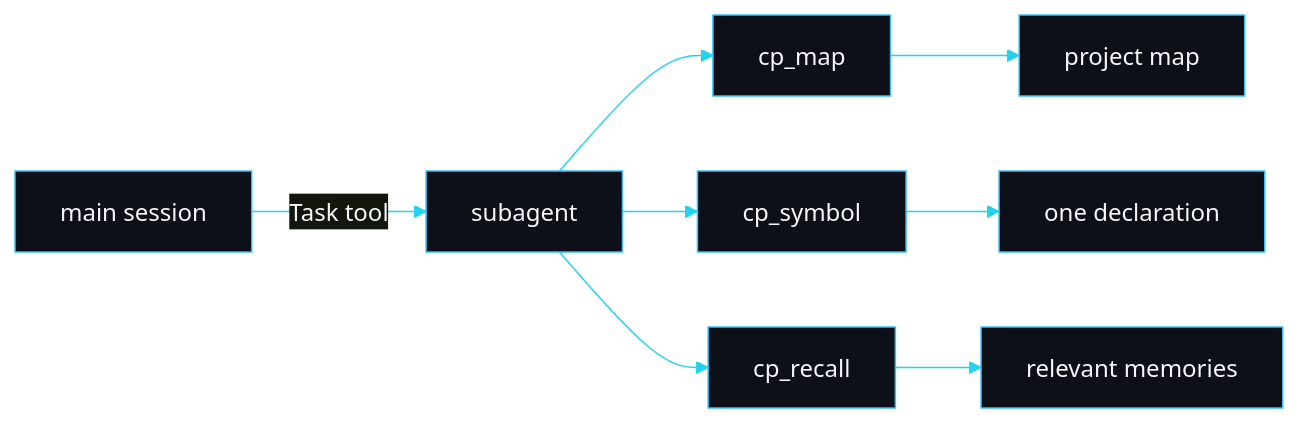
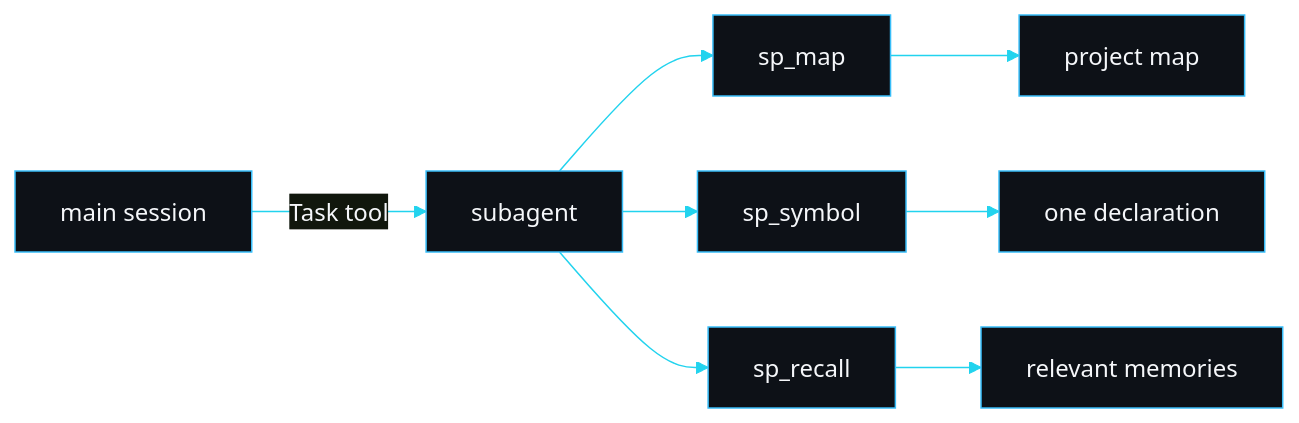
Before and after one commit to sarmakska/slipstream: the diagram in wiki/Subagents.md, drawn with Mermaid. The commit also changed other lines of this file and 35 other files, not shown here.

````diff
--- a/wiki/Subagents.md
+++ b/wiki/Subagents.md
@@ -31,11 +31,11 @@
 ```mermaid
 %%{init: {'theme':'base','themeVariables':{'primaryColor':'#0d1117','primaryTextColor':'#f5f7fa','primaryBorderColor':'#38bdf8','lineColor':'#22d3ee','fontFamily':'monospace'}}}%%
 flowchart LR
   Main[main session] -->|Task tool| Sub[subagent]
-  Sub --> cp_map
-  Sub --> cp_symbol
-  Sub --> cp_recall
-  cp_map --> Map[project map]
-  cp_symbol --> Slice[one declaration]
-  cp_recall --> Mem[relevant memories]
+  Sub --> sp_map
+  Sub --> sp_symbol
+  Sub --> sp_recall
+  sp_map --> Map[project map]
+  sp_symbol --> Slice[one declaration]
+  sp_recall --> Mem[relevant memories]
 ```
````
